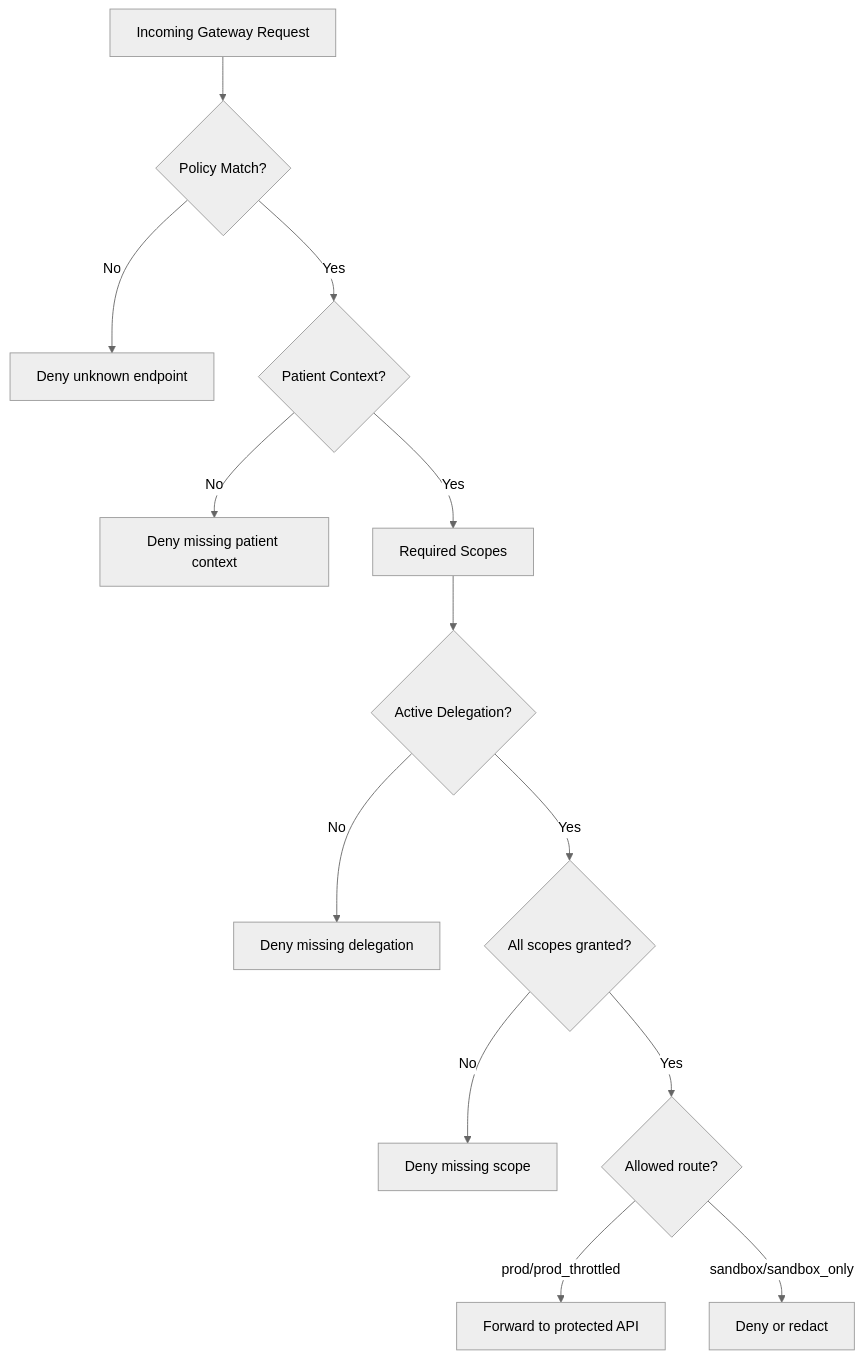
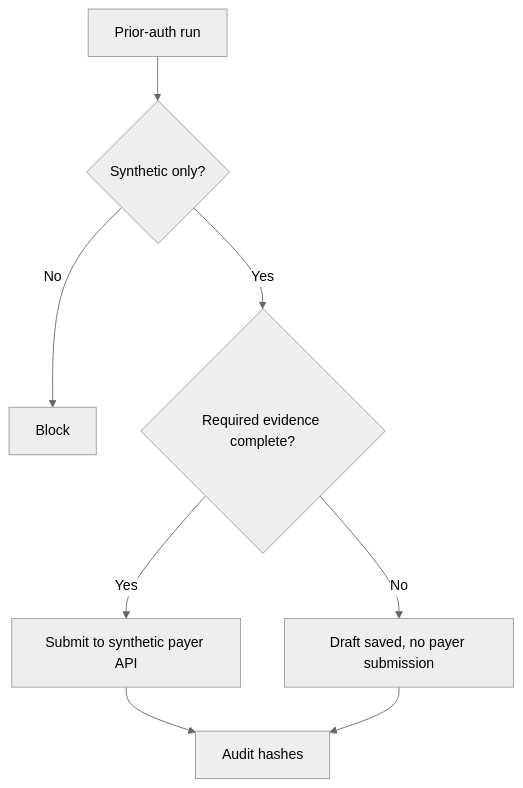
One commit to roshaninfordham/healthagentpassport changed the fifth of 5 diagrams in docs/architecture.md. Above: the diagram before and after it, drawn with Mermaid (neutral theme). The commit also changed other lines of this file and 137 other files, not shown here.

Commit message:
Transform product into PriorAuth Passport

````diff
--- a/docs/architecture.md
+++ b/docs/architecture.md
@@ -199,15 +114,10 @@
 ```mermaid
 flowchart TD
-  Request[Incoming Gateway Request] --> Match{Policy Match?}
-  Match -->|No| DenyUnknown[Deny unknown endpoint]
-  Match -->|Yes| Patient{Patient Context?}
-  Patient -->|No| DenyContext[Deny missing patient context]
-  Patient -->|Yes| Scopes[Required Scopes]
-  Scopes --> Delegation{Active Delegation?}
-  Delegation -->|No| DenyDelegation[Deny missing delegation]
-  Delegation -->|Yes| ScopeCheck{All scopes granted?}
-  ScopeCheck -->|No| DenyScope[Deny missing scope]
-  ScopeCheck -->|Yes| TrustRoute{Allowed route?}
-  TrustRoute -->|prod/prod_throttled| Allow[Forward to protected API]
-  TrustRoute -->|sandbox/sandbox_only| DenyRoute[Deny or redact]
+  Run[Prior-auth run] --> Synthetic{Synthetic only?}
+  Synthetic -->|No| Block[Block]
+  Synthetic -->|Yes| Evidence{Required evidence complete?}
+  Evidence -->|No| Draft[Draft saved, no payer submission]
+  Evidence -->|Yes| Submit[Submit to synthetic payer API]
+  Submit --> Audit[Audit hashes]
+  Draft --> Audit
 ```
````
